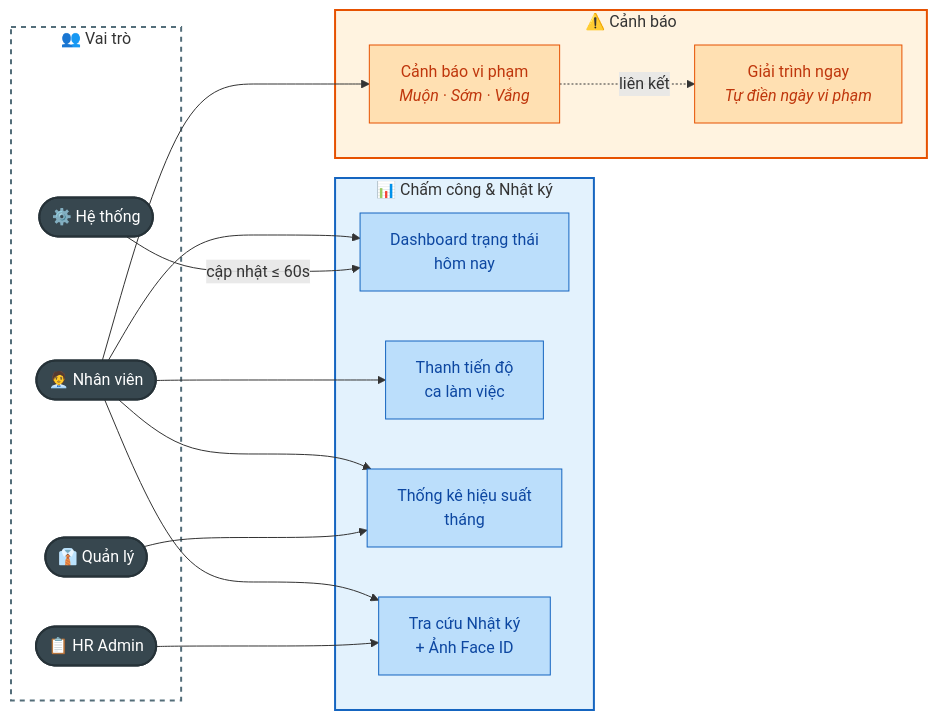
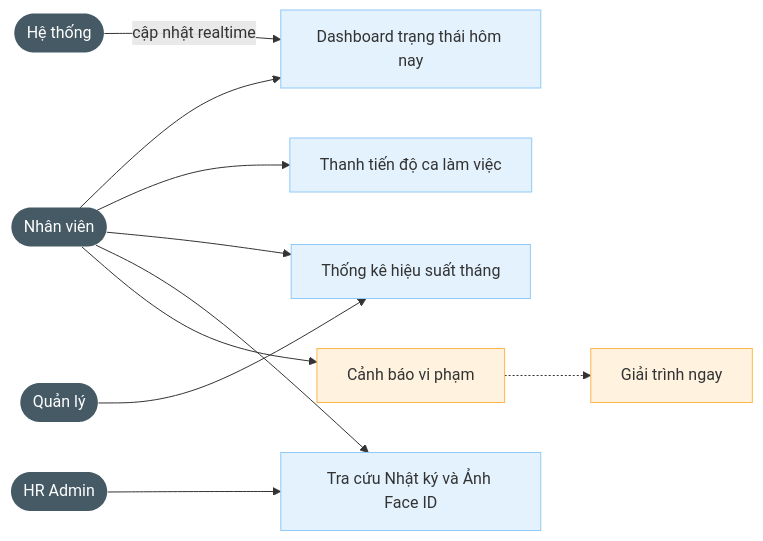
Before and after one commit to olbboy/BA-Kit: the second of 2 diagrams in outputs/mini-app-cham-cong/2.11-Mini-app/2.11.1.-Chấm-công-và-Nhật-ký-chấm-công/README.md, drawn with Mermaid. The commit also changed other lines of this file and 5 other files, not shown here.

First line of the commit message:
style: simplify all Mermaid diagrams — clean professional look

````diff
--- a/outputs/mini-app-cham-cong/2.11-Mini-app/2.11.1.-Chấm-công-và-Nhật-ký-chấm-công/README.md
+++ b/outputs/mini-app-cham-cong/2.11-Mini-app/2.11.1.-Chấm-công-và-Nhật-ký-chấm-công/README.md
@@ -86,39 +60,26 @@
 ```mermaid
 graph LR
-    subgraph actors [" 👥 Vai trò "]
-        NV(["🧑‍💼 Nhân viên"])
-        HRS(["📋 HR Admin"])
-        MGR(["👔 Quản lý"])
-        SYS(["⚙️ Hệ thống"])
-    end
+    NV([Nhân viên])
+    HRS([HR Admin])
+    MGR([Quản lý])
+    SYS([Hệ thống])
 
-    subgraph module [" 📊 Chấm công & Nhật ký "]
-        UC1["Dashboard trạng thái<br/>hôm nay"]
-        UC2["Thanh tiến độ<br/>ca làm việc"]
-        UC3["Thống kê hiệu suất<br/>tháng"]
-        UC4["Tra cứu Nhật ký<br/>+ Ảnh Face ID"]
-    end
+    NV --> UC1[Dashboard trạng thái hôm nay]
+    NV --> UC2[Thanh tiến độ ca làm việc]
+    NV --> UC3[Thống kê hiệu suất tháng]
+    NV --> UC4[Tra cứu Nhật ký và Ảnh Face ID]
+    NV --> UC5[Cảnh báo vi phạm]
+    UC5 -.-> UC6[Giải trình ngay]
 
-    subgraph alert [" ⚠️ Cảnh báo "]
-        UC5["Cảnh báo vi phạm<br/><i>Muộn · Sớm · Vắng</i>"]
-        UC6["Giải trình ngay<br/><i>Tự điền ngày vi phạm</i>"]
-    end
-
-    NV --> UC1 & UC2 & UC3 & UC4 & UC5
-    UC5 -.->|"liên kết"| UC6
     HRS --> UC4
     MGR --> UC3
-    SYS -->|"cập nhật ≤ 60s"| UC1
+    SYS -->|cập nhật realtime| UC1
 
-    style actors fill:none,stroke:#546E7A,stroke-width:2px,stroke-dasharray:5
-    style module fill:#E3F2FD,stroke:#1565C0,stroke-width:2px
-    style alert fill:#FFF3E0,stroke:#E65100,stroke-width:2px
+    classDef actor fill:#455A64,color:#fff,stroke-width:0
+    classDef uc fill:#E3F2FD,stroke:#90CAF9
+    classDef alert fill:#FFF3E0,stroke:#FFB74D
 
-    classDef actorNode fill:#37474F,color:#fff,stroke:#263238,stroke-width:2px
-    classDef ucNode fill:#BBDEFB,stroke:#1565C0,color:#0D47A1
-    classDef alertNode fill:#FFE0B2,stroke:#E65100,color:#BF360C
-
-    class NV,HRS,MGR,SYS actorNode
-    class UC1,UC2,UC3,UC4 ucNode
-    class UC5,UC6 alertNode
+    class NV,HRS,MGR,SYS actor
+    class UC1,UC2,UC3,UC4 uc
+    class UC5,UC6 alert
 ```
````
